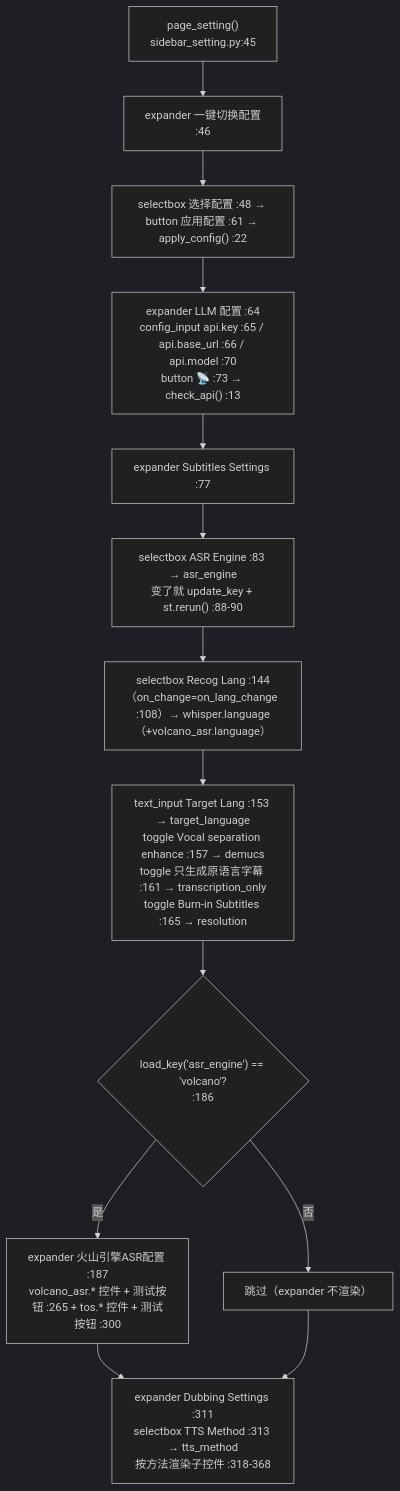
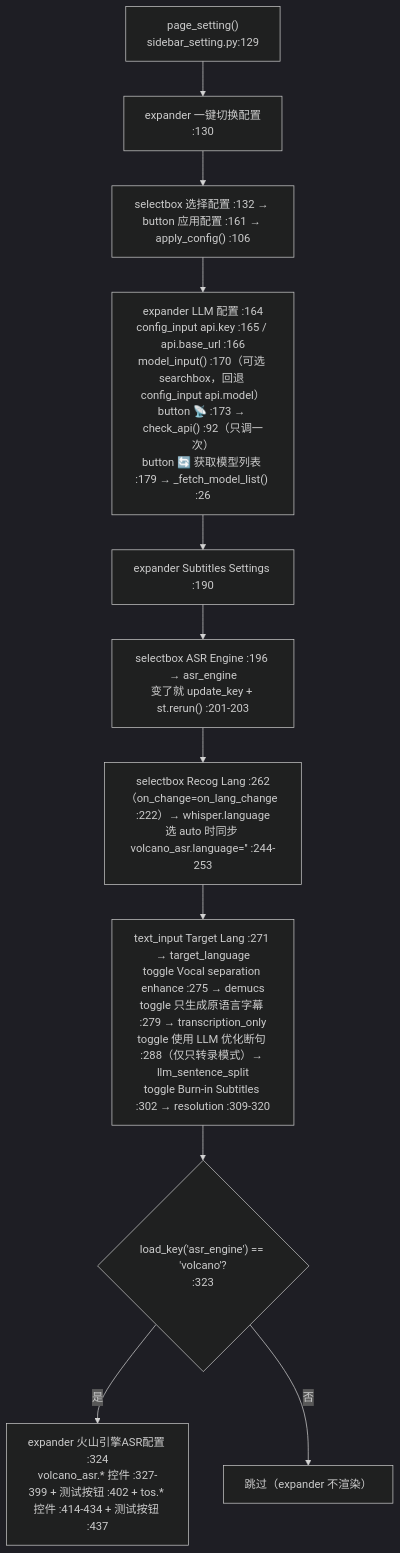
The second of 3 diagrams in devdocs/04-interfaces/02-Streamlit界面组件.md (Brzjomo/VideoLingoMove), drawn with Mermaid (dark theme) before and after one commit. The commit also changed other lines of this file and 30 other files, not shown here.

````diff
--- a/devdocs/04-interfaces/02-Streamlit界面组件.md
+++ b/devdocs/04-interfaces/02-Streamlit界面组件.md
@@ -86,15 +86,13 @@
 ```mermaid
 flowchart TD
-    A["page_setting()<br/>sidebar_setting.py:45"] --> B["expander 一键切换配置<br/>:46"]
-    B --> C["selectbox 选择配置 :48 → button 应用配置 :61 → apply_config() :22"]
-    C --> D["expander LLM 配置 :64<br/>config_input api.key :65 / api.base_url :66 / api.model :70<br/>button 📡 :73 → check_api() :13"]
-    D --> E["expander Subtitles Settings :77"]
-    E --> F["selectbox ASR Engine :83 → asr_engine<br/>变了就 update_key + st.rerun() :88-90"]
-    F --> G["selectbox Recog Lang :144（on_change=on_lang_change :108）→ whisper.language（+volcano_asr.language）"]
-    G --> H["text_input Target Lang :153 → target_language<br/>toggle Vocal separation enhance :157 → demucs<br/>toggle 只生成原语言字幕 :161 → transcription_only<br/>toggle Burn-in Subtitles :165 → resolution"]
-    H --> I{"load_key('asr_engine') == 'volcano'?<br/>:186"}
-    I -- 是 --> J["expander 火山引擎ASR配置 :187<br/>volcano_asr.* 控件 + 测试按钮 :265 + tos.* 控件 + 测试按钮 :300"]
+    A["page_setting()<br/>sidebar_setting.py:129"] --> B["expander 一键切换配置<br/>:130"]
+    B --> C["selectbox 选择配置 :132 → button 应用配置 :161 → apply_config() :106"]
+    C --> D["expander LLM 配置 :164<br/>config_input api.key :165 / api.base_url :166<br/>model_input() :170（可选 searchbox，回退 config_input api.model）<br/>button 📡 :173 → check_api() :92（只调一次）<br/>button 🔄 获取模型列表 :179 → _fetch_model_list() :26"]
+    D --> E["expander Subtitles Settings :190"]
+    E --> F["selectbox ASR Engine :196 → asr_engine<br/>变了就 update_key + st.rerun() :201-203"]
+    F --> G["selectbox Recog Lang :262（on_change=on_lang_change :222）→ whisper.language<br/>选 auto 时同步 volcano_asr.language='' :244-253"]
+    G --> H["text_input Target Lang :271 → target_language<br/>toggle Vocal separation enhance :275 → demucs<br/>toggle 只生成原语言字幕 :279 → transcription_only<br/>toggle 使用 LLM 优化断句 :288（仅只转录模式）→ llm_sentence_split<br/>toggle Burn-in Subtitles :302 → resolution :309-320"]
+    H --> I{"load_key('asr_engine') == 'volcano'?<br/>:323"}
+    I -- 是 --> J["expander 火山引擎ASR配置 :324<br/>volcano_asr.* 控件 :327-399 + 测试按钮 :402 + tos.* 控件 :414-434 + 测试按钮 :437"]
     I -- 否 --> K["跳过（expander 不渲染）"]
-    J --> L["expander Dubbing Settings :311<br/>selectbox TTS Method :313 → tts_method<br/>按方法渲染子控件 :318-368"]
-    K --> L
 ```
````
